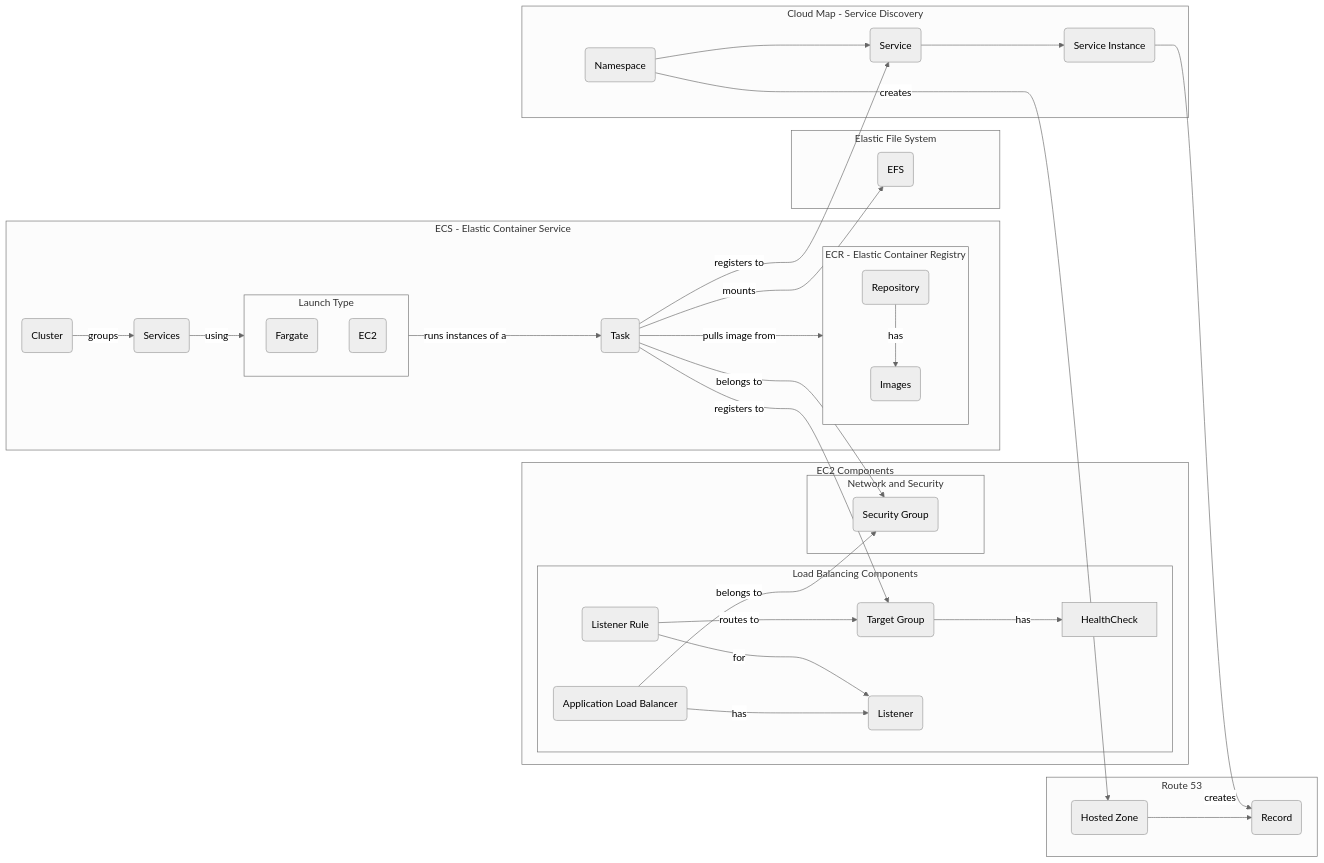
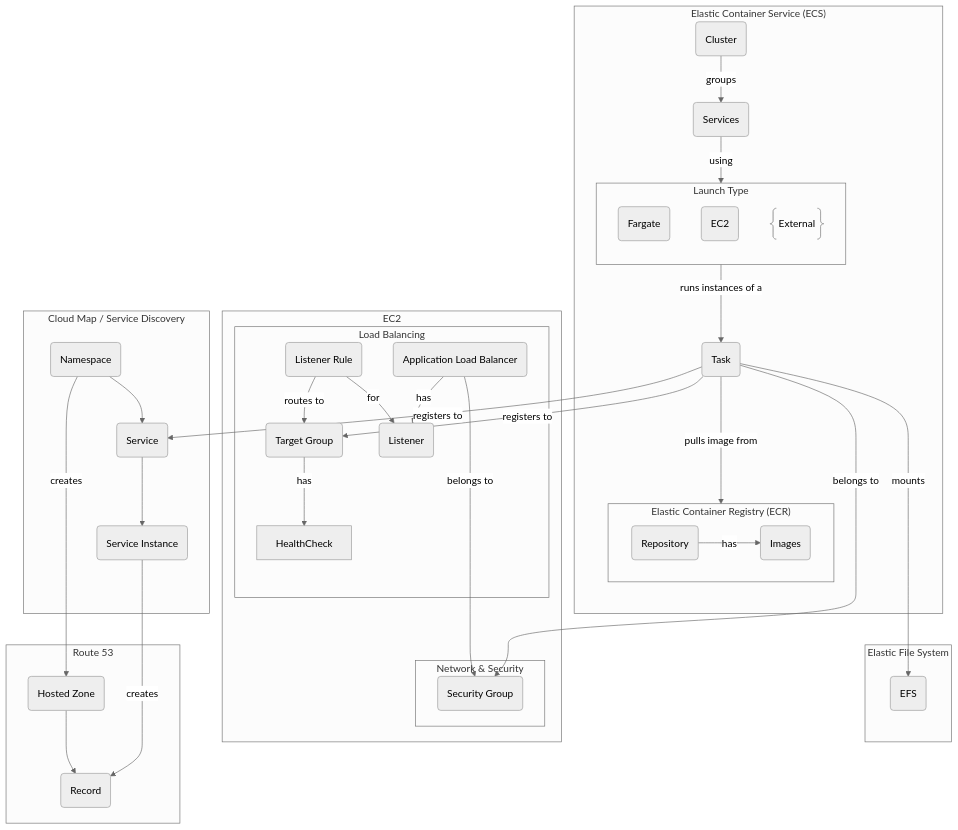
The diagram in ECS-EC2-CloudMap.md (stoft/aws-overview), drawn with Mermaid (neutral theme) before and after one commit.

Commit message:
style: layout feat: external launch type

````diff
--- a/ECS-EC2-CloudMap.md
+++ b/ECS-EC2-CloudMap.md
@@ -3,69 +3,71 @@
 ```mermaid
-flowchart LR
-    subgraph ECS["ECS - Elastic Container Service"]
+flowchart TB
+    subgraph ECS["Elastic Container Service (ECS)"]
         Service(Services)
         Cluster(Cluster)
         Task(Task)
-        subgraph ECR["ECR - Elastic Container Registry"]
+        subgraph ECR["Elastic Container Registry (ECR)"]
             Repository(Repository)
             Image(Images)
             Repository -- has --> Image
         end
         subgraph LaunchType[Launch Type]
+            direction TB
             Fargate(Fargate)
             EC2a(EC2)
+            External(External)@{ shape: braces }
         end
 
         Cluster --> |groups| Service
-        Task -- pulls image from --> ECR
+        Task ---> |pulls image from|ECR
         Service --using--> LaunchType
         LaunchType -->|runs instances of a| Task
     end
 
     subgraph Storage["Elastic File System"]
         EFS(EFS)
     end
 
-    subgraph EC2["EC2 Components"]
-        subgraph LoadBalancing["Load Balancing Components"]
+    subgraph EC2["EC2"]
+        subgraph LoadBalancing["Load Balancing"]
             ALB(Application Load Balancer)
             TG(Target Group)
             L(Listener)
             LR(Listener Rule)
 
+            LR -- for --> L
             ALB -- has --> L
-            LR -- for --> L
             LR -- routes to --> TG
             TG -- has --> HealthCheck
         end
-        subgraph Network["Network and Security"]
+        subgraph Network["Network & Security"]
             SG(Security Group)
             %%SG -- has --> Inbound
             %%SG -- has --> Outbound
         end
-        ALB -- belongs to --> SG
+        ALB ----> |belongs to| SG
     end
 
-    subgraph CloudMap["Cloud Map - Service Discovery"]
+    subgraph CloudMap["Cloud Map / Service Discovery"]
         CMN(Namespace)
         CMS(Service)
         CMI(Service Instance)
         CMN --> CMS
         CMS --> CMI
     end
 
     subgraph Route53["Route 53"]
         HostedZone(Hosted Zone)
         Record(Record)
         HostedZone --> Record
     end
 
     %% Cross-subgraph connections
+    Task ----> |mounts| EFS
+    Task --> |registers to| TG
+    Task --> |belongs to| SG
     Task --> |registers to| CMS
-    Task --> |registers to| TG
-    Task --> |mounts| EFS
-    Task --> |belongs to| SG
 
-    CMN -- creates --> HostedZone
-    CMI -- creates --> Record
+    CMN ---> |creates| HostedZone
+    CMI ---> |creates| Record
 ```
````
